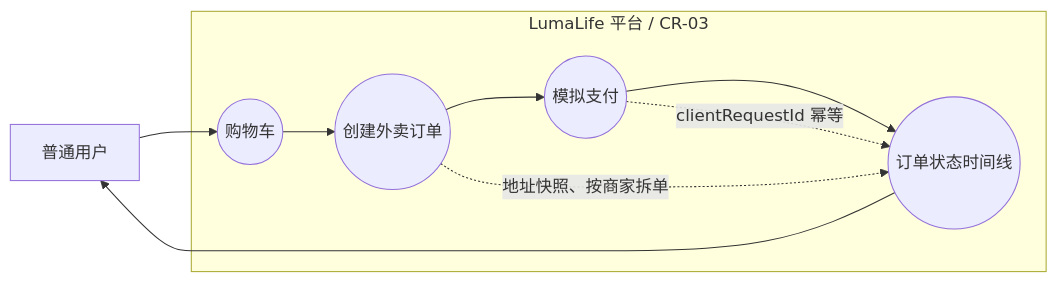
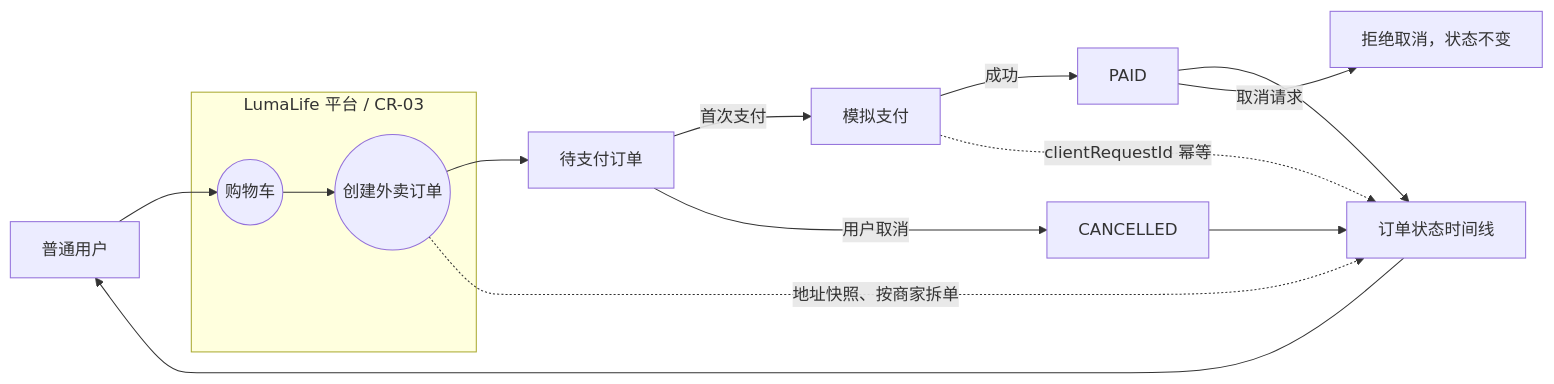
Before and after one commit to daihao007/Lumalife: the first of 3 diagrams in docs/diagrams/d03/CR-03-三层模型.md, drawn with Mermaid. The commit also changed other lines of this file and 25 other files, not shown here.

````diff
--- a/docs/diagrams/d03/CR-03-三层模型.md
+++ b/docs/diagrams/d03/CR-03-三层模型.md
@@ -7,14 +9,19 @@
 ```mermaid
 flowchart LR
     User[普通用户]
     subgraph Platform[LumaLife 平台 / CR-03]
         Cart((购物车))
         Order((创建外卖订单))
-        Payment((模拟支付))
-        Tracking((订单状态时间线))
     end
-    User --> Cart --> Order --> Payment --> Tracking
+    User --> Cart --> Order
+    Order --> Pending[待支付订单]
+    Pending -->|首次支付| Pay[模拟支付]
+    Pay -->|成功| Paid[PAID]
+    Pending -->|用户取消| Cancelled[CANCELLED]
+    Paid --> Tracking[订单状态时间线]
+    Cancelled --> Tracking
+    Paid -->|取消请求| Reject[拒绝取消，状态不变]
     Order -.地址快照、按商家拆单.-> Tracking
-    Payment -.clientRequestId 幂等.-> Tracking
+    Pay -.clientRequestId 幂等.-> Tracking
     Tracking --> User
 ```
````
